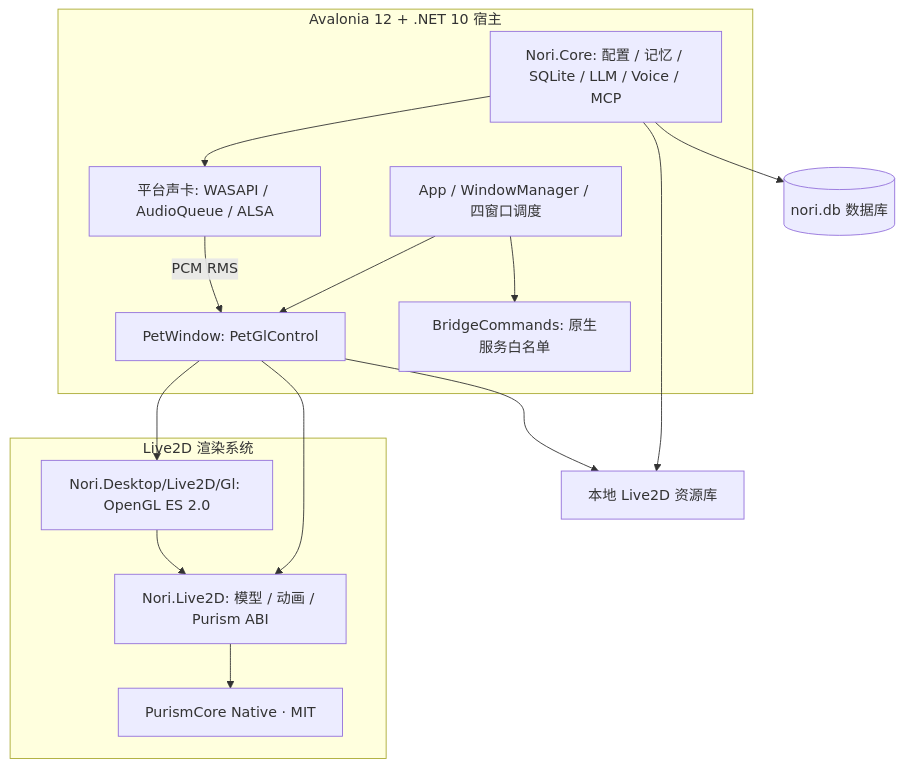
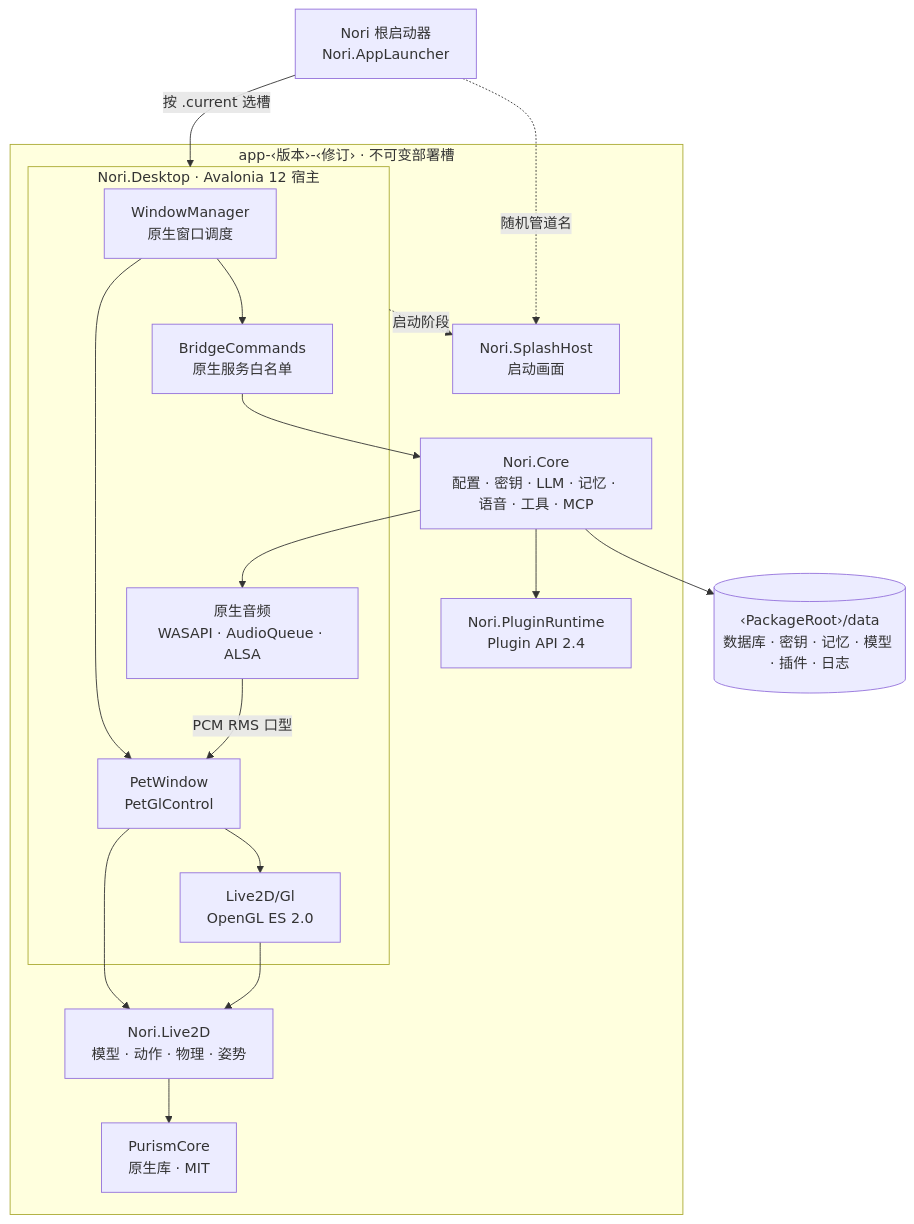
The diagram in README.md (MF-Dust/Nori.Desktop), drawn with Mermaid before and after one commit. The commit also changed other lines of this file and 15 other files, not shown here.

First line of the commit message:
fix: 改用 MF-Dust/Nori.Desktop 仓库名，补登 Fusion Pixel 字体并重写 README

````diff
--- a/README.md
+++ b/README.md
@@ -96,28 +180,35 @@
 ```mermaid
 flowchart TD
-    subgraph Host[Avalonia 12 + .NET 10 宿主]
-        app[App / WindowManager / 四窗口调度]
-        petWin[PetWindow: PetGlControl]
-        bridge[BridgeCommands: 原生服务白名单]
-        audio[平台声卡: WASAPI / AudioQueue / ALSA]
-        core[Nori.Core: 配置 / 记忆 / SQLite / LLM / Voice / MCP]
+    launcher["Nori 根启动器<br/>Nori.AppLauncher"]
+    data[("‹PackageRoot›/data<br/>数据库 · 密钥 · 记忆 · 模型 · 插件 · 日志")]
+
+    subgraph slot["app-‹版本›-‹修订› · 不可变部署槽"]
+        splash["Nori.SplashHost<br/>启动画面"]
+        subgraph desktop["Nori.Desktop · Avalonia 12 宿主"]
+            wm["WindowManager<br/>原生窗口调度"]
+            pet["PetWindow<br/>PetGlControl"]
+            bridge["BridgeCommands<br/>原生服务白名单"]
+            gl["Live2D/Gl<br/>OpenGL ES 2.0"]
+            audio["原生音频<br/>WASAPI · AudioQueue · ALSA"]
+        end
+        core["Nori.Core<br/>配置 · 密钥 · LLM · 记忆 · 语音 · 工具 · MCP"]
+        plugins["Nori.PluginRuntime<br/>Plugin API 2.4"]
+        l2d["Nori.Live2D<br/>模型 · 动作 · 物理 · 姿势"]
+        purism["PurismCore<br/>原生库 · MIT"]
     end
 
-    subgraph Live2DCore[Live2D 渲染系统]
-        cubism[PurismCore Native · MIT]
-        model[Nori.Live2D: 模型 / 动画 / Purism ABI]
-        gl[Nori.Desktop/Live2D/Gl: OpenGL ES 2.0]
-    end
-
-    app --> petWin
-    app --> bridge
-    petWin --> model
-    petWin --> gl
-    gl --> model
-    model --> cubism
+    launcher -->|"按 .current 选槽"| desktop
+    launcher -.->|"随机管道名"| splash
+    desktop -.->|"启动阶段"| splash
+    wm --> pet
+    wm --> bridge
+    bridge --> core
+    pet --> gl
+    pet --> l2d
+    gl --> l2d
+    l2d --> purism
+    core --> plugins
     core --> audio
-    audio -- PCM RMS --> petWin
-    core --> SQLite[(nori.db 数据库)]
-    core --> models[本地 Live2D 资源库]
-    petWin --> models
+    audio -->|"PCM RMS 口型"| pet
+    core --> data
 ```
````
